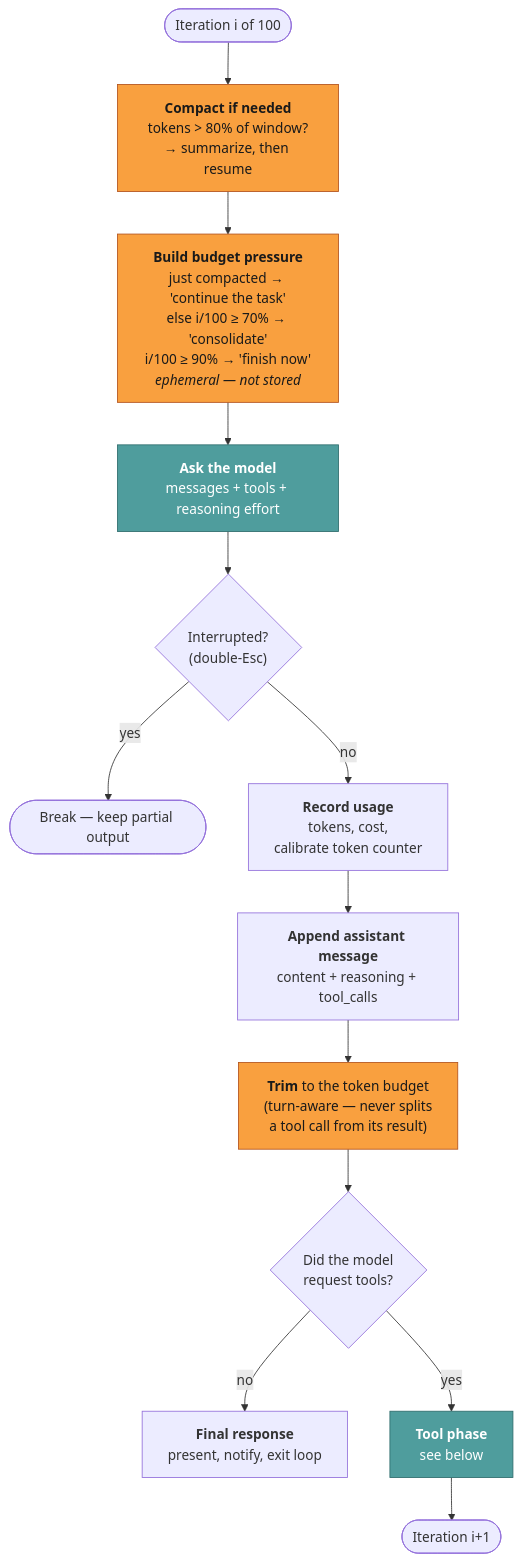
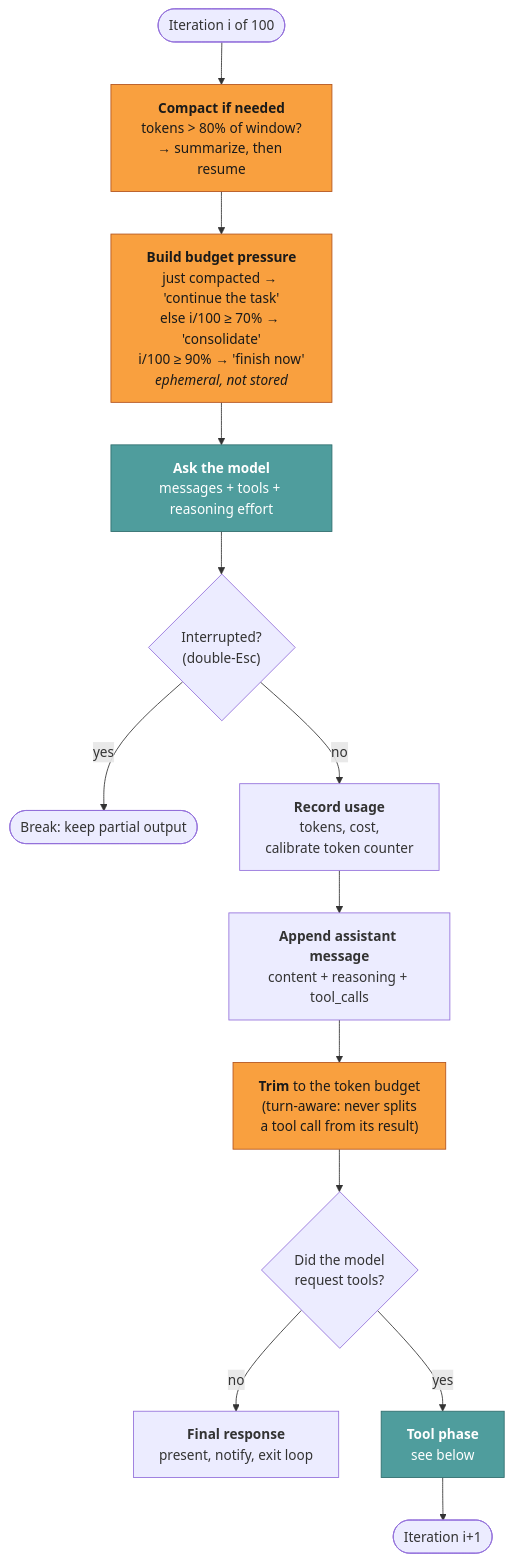
The first of 4 diagrams in docs/maintainers/run-lifecycle.md (lvndry/jazz), drawn with Mermaid before and after one commit. The commit also changed other lines of this file and 28 other files, not shown here.

````diff
--- a/docs/maintainers/run-lifecycle.md
+++ b/docs/maintainers/run-lifecycle.md
@@ -20,27 +20,27 @@
 ```mermaid
 flowchart TD
     START(["Iteration i of 100"]) --> COMPACT
 
     COMPACT["<b>Compact if needed</b><br/>tokens &gt; 80% of window?<br/>→ summarize, then resume"]
-    COMPACT --> PRESSURE["<b>Build budget pressure</b><br/>just compacted → 'continue the task'<br/>else i/100 ≥ 70% → 'consolidate'<br/>i/100 ≥ 90% → 'finish now'<br/><i>ephemeral — not stored</i>"]
+    COMPACT --> PRESSURE["<b>Build budget pressure</b><br/>just compacted → 'continue the task'<br/>else i/100 ≥ 70% → 'consolidate'<br/>i/100 ≥ 90% → 'finish now'<br/><i>ephemeral, not stored</i>"]
     PRESSURE --> ASK["<b>Ask the model</b><br/>messages + tools + reasoning effort"]
 
     ASK --> INT{"Interrupted?<br/>(double-Esc)"}
-    INT -->|yes| STOP(["Break — keep partial output"])
+    INT -->|yes| STOP(["Break: keep partial output"])
     INT -->|no| RECORD["<b>Record usage</b><br/>tokens, cost,<br/>calibrate token counter"]
 
     RECORD --> APPEND["<b>Append assistant message</b><br/>content + reasoning + tool_calls"]
-    APPEND --> TRIM["<b>Trim</b> to the token budget<br/>(turn-aware — never splits<br/>a tool call from its result)"]
+    APPEND --> TRIM["<b>Trim</b> to the token budget<br/>(turn-aware: never splits<br/>a tool call from its result)"]
 
     TRIM --> BRANCH{"Did the model<br/>request tools?"}
     BRANCH -->|"no"| FINAL["<b>Final response</b><br/>present, notify, exit loop"]
     BRANCH -->|"yes"| TOOLPHASE
 
     TOOLPHASE["<b>Tool phase</b><br/>see below"]
     TOOLPHASE --> NEXT(["Iteration i+1"])
 
     classDef guard fill:#f9a03f,stroke:#b3541e,color:#1a1a1a
     classDef work fill:#4f9d9d,stroke:#2f6d6d,color:#ffffff
     class COMPACT,PRESSURE,TRIM guard
     class ASK,TOOLPHASE work
 ```
````
